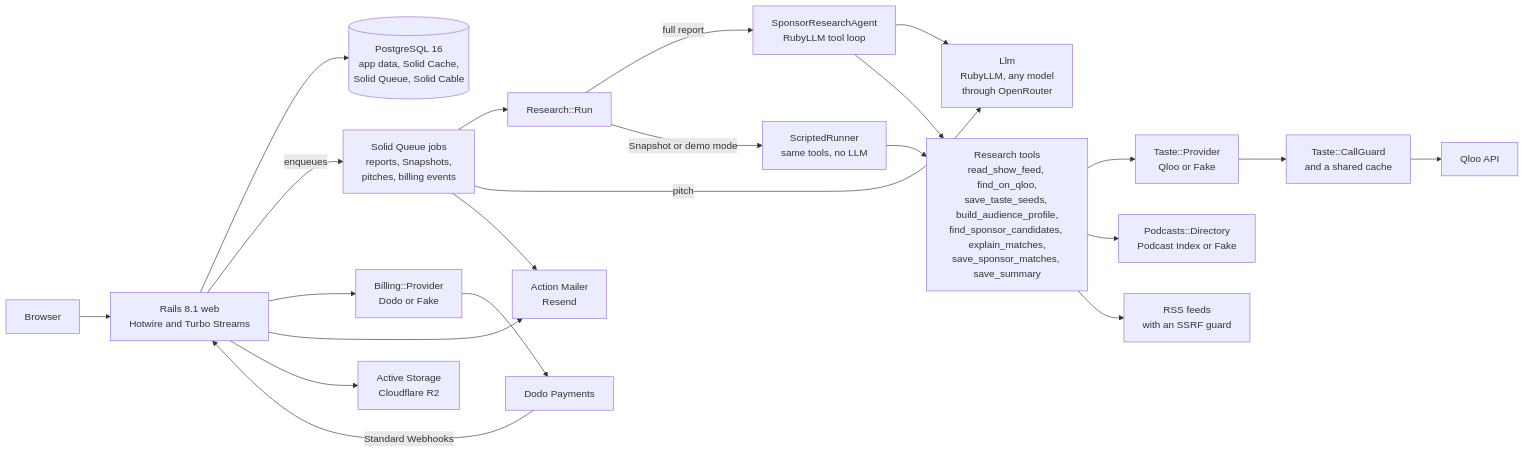
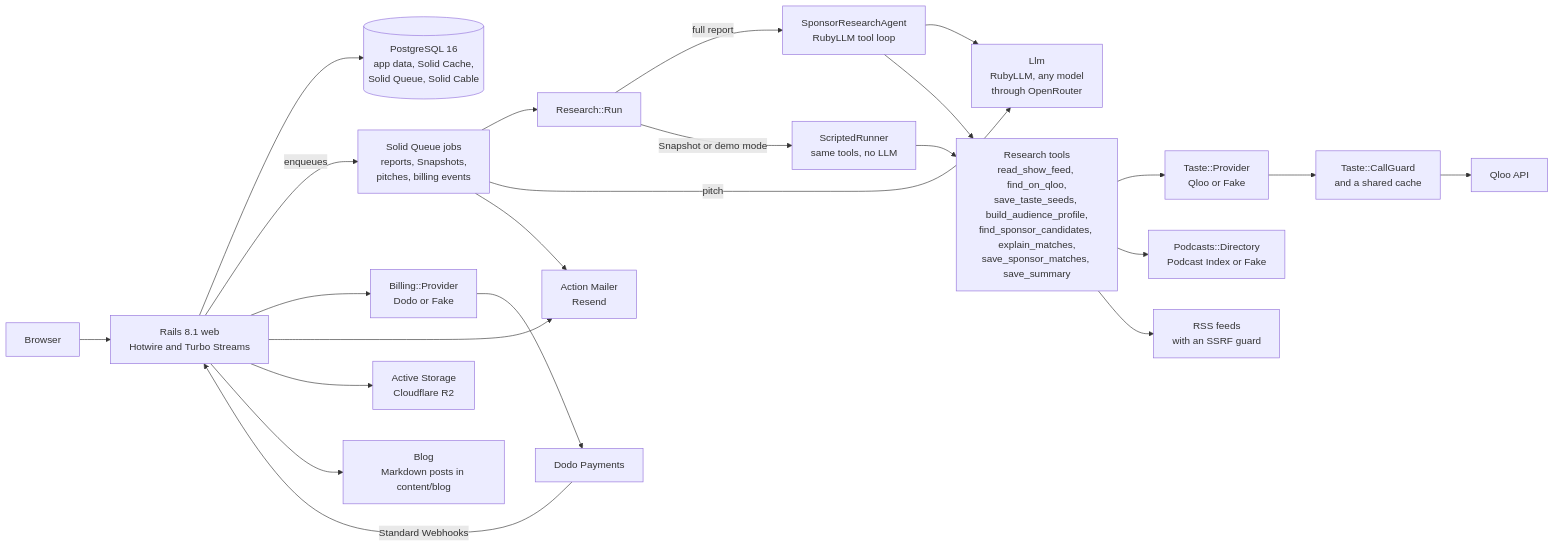
Before and after one commit to inventionsbyhamid/midrolo: the diagram in README.md, drawn with Mermaid. The commit also changed other lines of this file and 1 other file, not shown here.

First line of the commit message:
docs: the blog as the SEO growth channel, and how to add a post (R148)

````diff
--- a/README.md
+++ b/README.md
@@ -44,23 +44,24 @@
 ```mermaid
 flowchart LR
   browser["Browser"] --> web["Rails 8.1 web<br/>Hotwire and Turbo Streams"]
   web --> db[("PostgreSQL 16<br/>app data, Solid Cache,<br/>Solid Queue, Solid Cable")]
   web -->|enqueues| jobs["Solid Queue jobs<br/>reports, Snapshots,<br/>pitches, billing events"]
   jobs --> run["Research::Run"]
   run -->|full report| agent["SponsorResearchAgent<br/>RubyLLM tool loop"]
   run -->|Snapshot or demo mode| scripted["ScriptedRunner<br/>same tools, no LLM"]
   agent --> llm["Llm<br/>RubyLLM, any model<br/>through OpenRouter"]
   jobs -->|pitch| llm
   agent --> tools["Research tools<br/>read_show_feed, find_on_qloo,<br/>save_taste_seeds, build_audience_profile,<br/>find_sponsor_candidates, explain_matches,<br/>save_sponsor_matches, save_summary"]
   scripted --> tools
   tools --> taste["Taste::Provider<br/>Qloo or Fake"]
   tools --> directory["Podcasts::Directory<br/>Podcast Index or Fake"]
   tools --> feeds["RSS feeds<br/>with an SSRF guard"]
   taste --> guard["Taste::CallGuard<br/>and a shared cache"]
   guard --> qloo["Qloo API"]
   web --> billing["Billing::Provider<br/>Dodo or Fake"]
   billing --> dodo["Dodo Payments"]
   dodo -->|Standard Webhooks| web
   web & jobs --> mail["Action Mailer<br/>Resend"]
   web --> storage["Active Storage<br/>Cloudflare R2"]
+  web --> blog["Blog<br/>Markdown posts in content/blog"]
 ```
````
